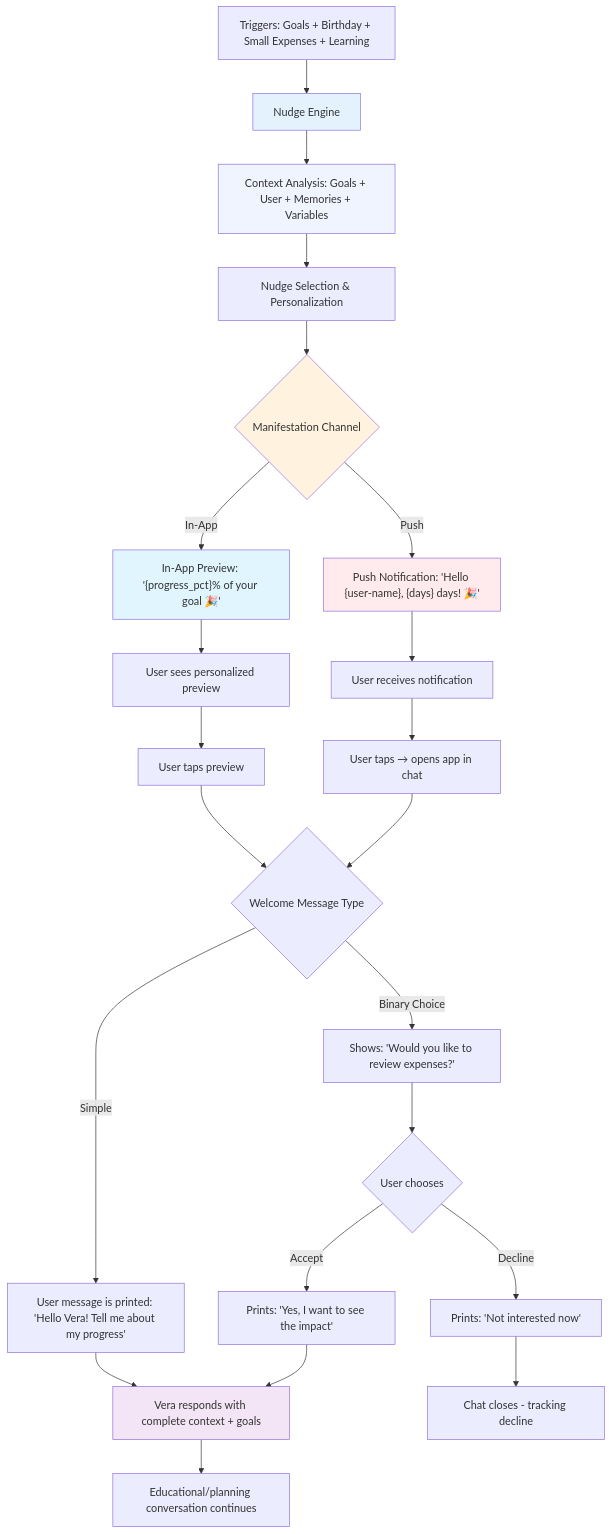
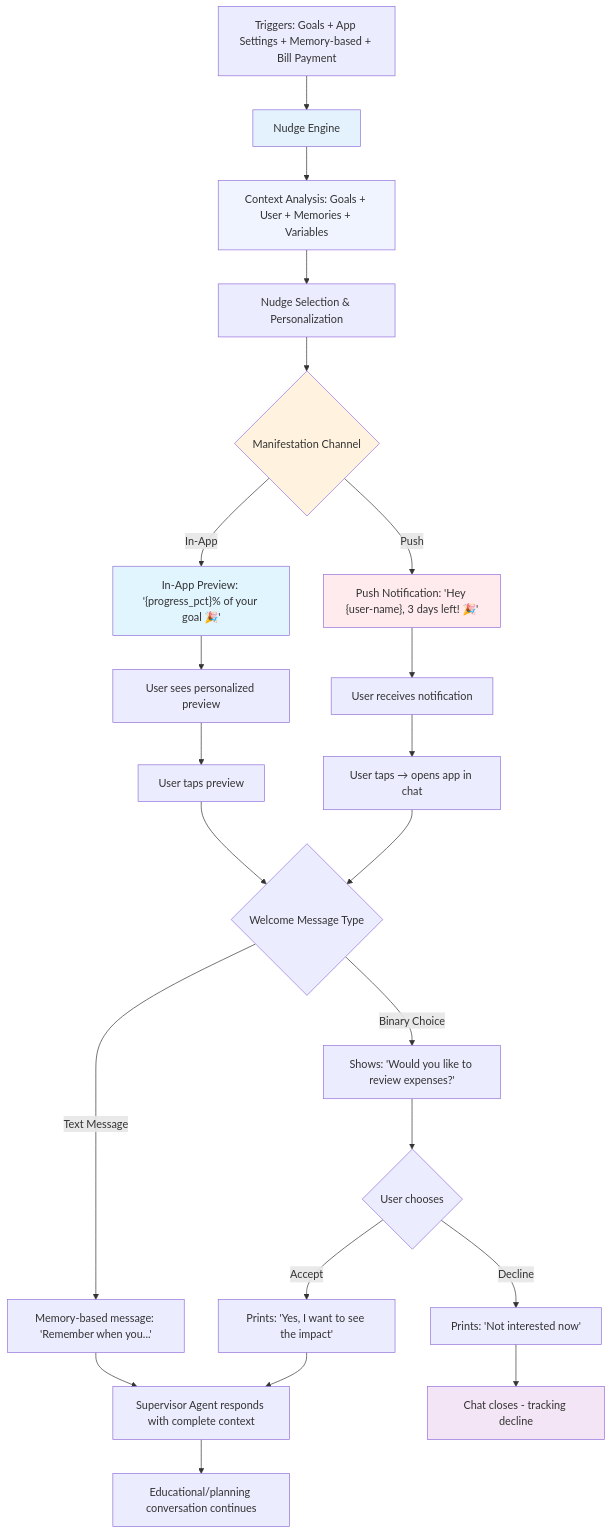
The diagram in docs/features-and-prompts/artifacts/nudges.md (carrizojuancruz/ai), drawn with Mermaid before and after one commit. The commit also changed other lines of this file and 1 other file, not shown here.

First line of the commit message:
docs(goals,nudges): simplify goal states and streamline nudge system for vera

````diff
--- a/docs/features-and-prompts/artifacts/nudges.md
+++ b/docs/features-and-prompts/artifacts/nudges.md
@@ -676,39 +571,39 @@
 ```mermaid
 flowchart TD
-    A[Triggers: Goals + Birthday + Small Expenses + Learning] --> B[Nudge Engine]
+    A[Triggers: Goals + App Settings + Memory-based + Bill Payment] --> B[Nudge Engine]
     B --> C[Context Analysis: Goals + User + Memories + Variables]
     C --> D[Nudge Selection & Personalization]
     D --> E{Manifestation Channel}
     
     E -->|In-App| F["In-App Preview: '{progress_pct}% of your goal 🎉'"]
-    E -->|Push| G["Push Notification: 'Hello {user-name}, {days} days! 🎉'"]
+    E -->|Push| G["Push Notification: 'Hey {user-name}, 3 days left! 🎉'"]
     
     F --> H[User sees personalized preview]
     G --> I[User receives notification]
     
     H --> J[User taps preview]
     I --> K[User taps → opens app in chat]
     
     J --> L{Welcome Message Type}
     K --> L
     
-    L -->|Simple| M["User message is printed: 'Hello Vera! Tell me about my progress'"]
-    L -->|Binary Choice| N["Shows: 'Would you like to review expenses?'"]
+    L -->|Binary Choice| M["Shows: 'Would you like to review expenses?'"]
+    L -->|Text Message| N["Memory-based message: 'Remember when you...'"]
     
-    N --> O{User chooses}
+    M --> O{User chooses}
     O -->|Accept| P["Prints: 'Yes, I want to see the impact'"]
     O -->|Decline| Q["Prints: 'Not interested now'"]
     
-    M --> R[Vera responds with complete context + goals]
+    N --> R[Supervisor Agent responds with complete context]
     P --> R
     Q --> S[Chat closes - tracking decline]
     
     R --> T[Educational/planning conversation continues]
     
     style B fill:#e3f2fd
     style C fill:#f0f4ff
     style E fill:#fff3e0
     style F fill:#e1f5fe
     style G fill:#ffebee
-    style R fill:#f3e5f5
+    style S fill:#f3e5f5
 ```
````
